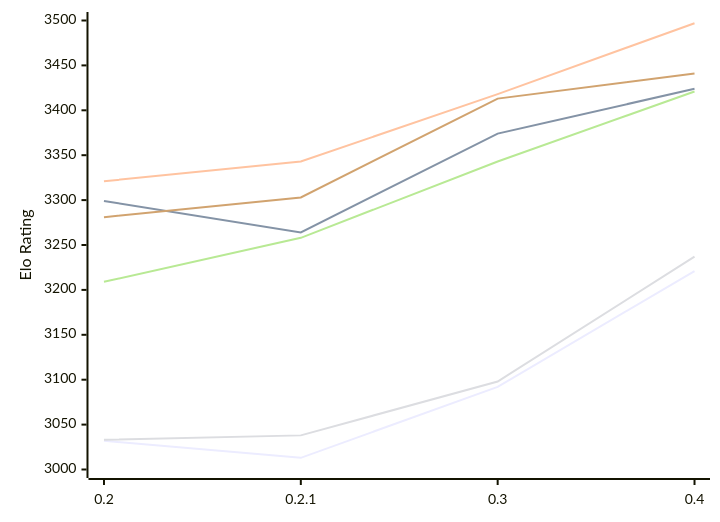
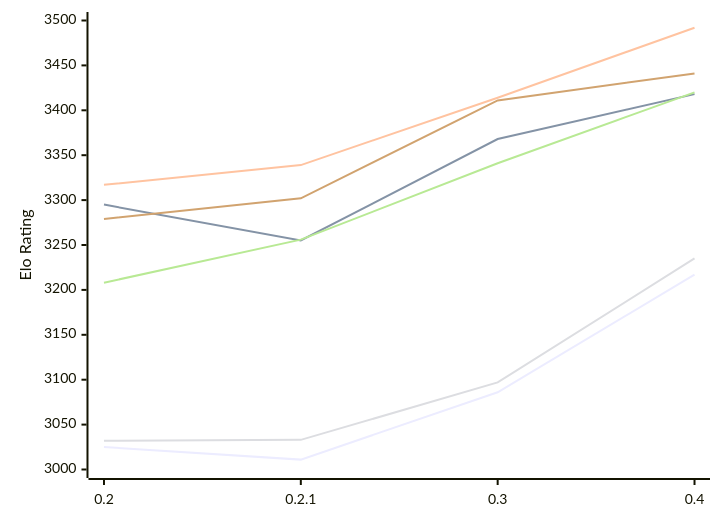
Before and after one commit to computer-chess-index/cci: the diagram in engines/StockDory.md, drawn with Mermaid. The commit also changed other lines of this file, not shown here.

Commit message:
Update CCI Ratings (ELO VLTC) - 2026-11-26

````diff
--- a/engines/StockDory.md
+++ b/engines/StockDory.md
@@ -53,12 +53,12 @@
 ```mermaid
 %%{init: {"theme":"base","themeVariables":{"seriesColors:['#a3a3a3','#222221','#faa371']}}}%%
 xychart-beta
   x-axis ["0.2", "0.2.1", "0.3", "0.4"]
   y-axis "Elo Rating" 3000 --> 3500
-  line "E1: STC (8.0+0.08s)" [3032, 3013, 3092, 3221]
-  line "E1: LTC (60.0+0.60s)" [3299, 3264, 3374, 3424]
-  line "E1: VLTC (2m24s+1.12s)" [3321, 3343, 3418, 3497]
-  line "P1: STC (8.0+0.08s)" [3033, 3038, 3098, 3237]
-  line "P1: LTC (60.0+0.60s)" [3209, 3258, 3343, 3421]
-  line "P1: VLTC (2m24s+1.12s)" [3281, 3303, 3413, 3441]
+  line "E1: STC (8.0+0.08s)" [3025, 3011, 3086, 3217]
+  line "E1: LTC (60.0+0.60s)" [3295, 3255, 3368, 3418]
+  line "E1: VLTC (2m24s+1.12s)" [3317, 3339, 3414, 3492]
+  line "P1: STC (8.0+0.08s)" [3032, 3033, 3097, 3235]
+  line "P1: LTC (60.0+0.60s)" [3208, 3256, 3341, 3420]
+  line "P1: VLTC (2m24s+1.12s)" [3279, 3302, 3411, 3441]
 ```
````
